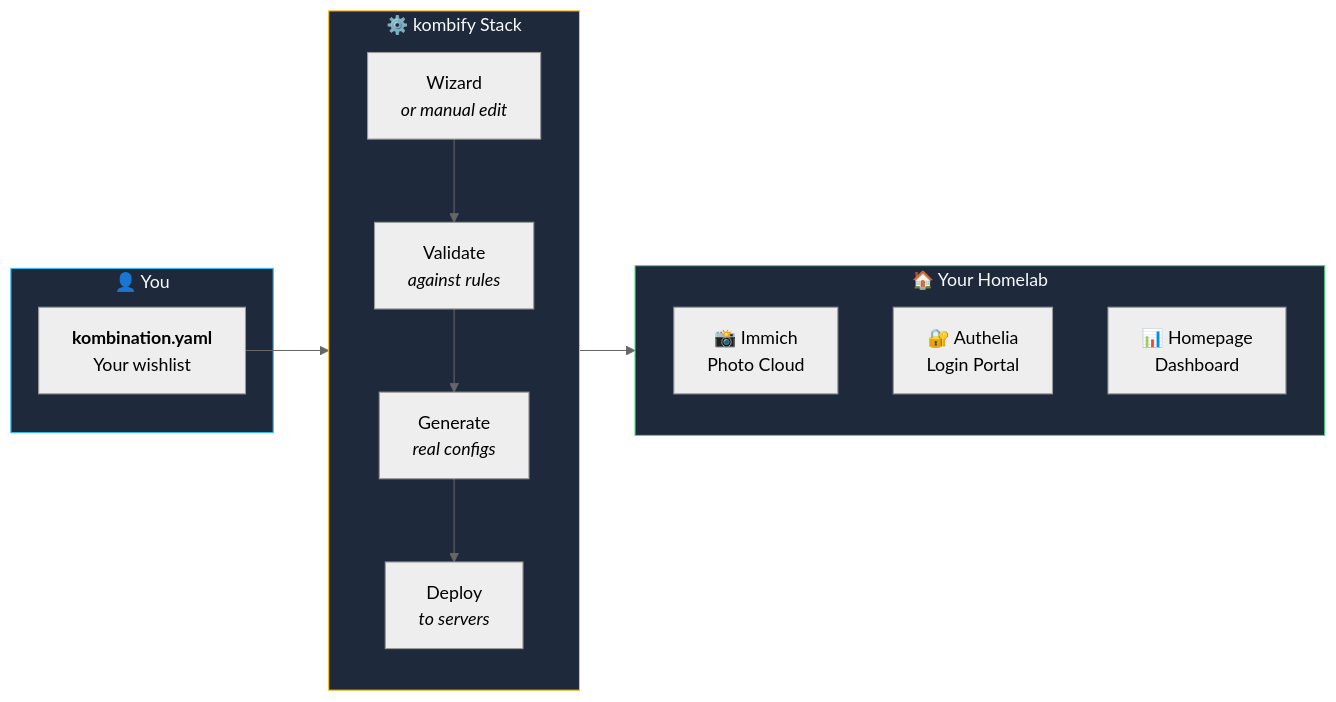
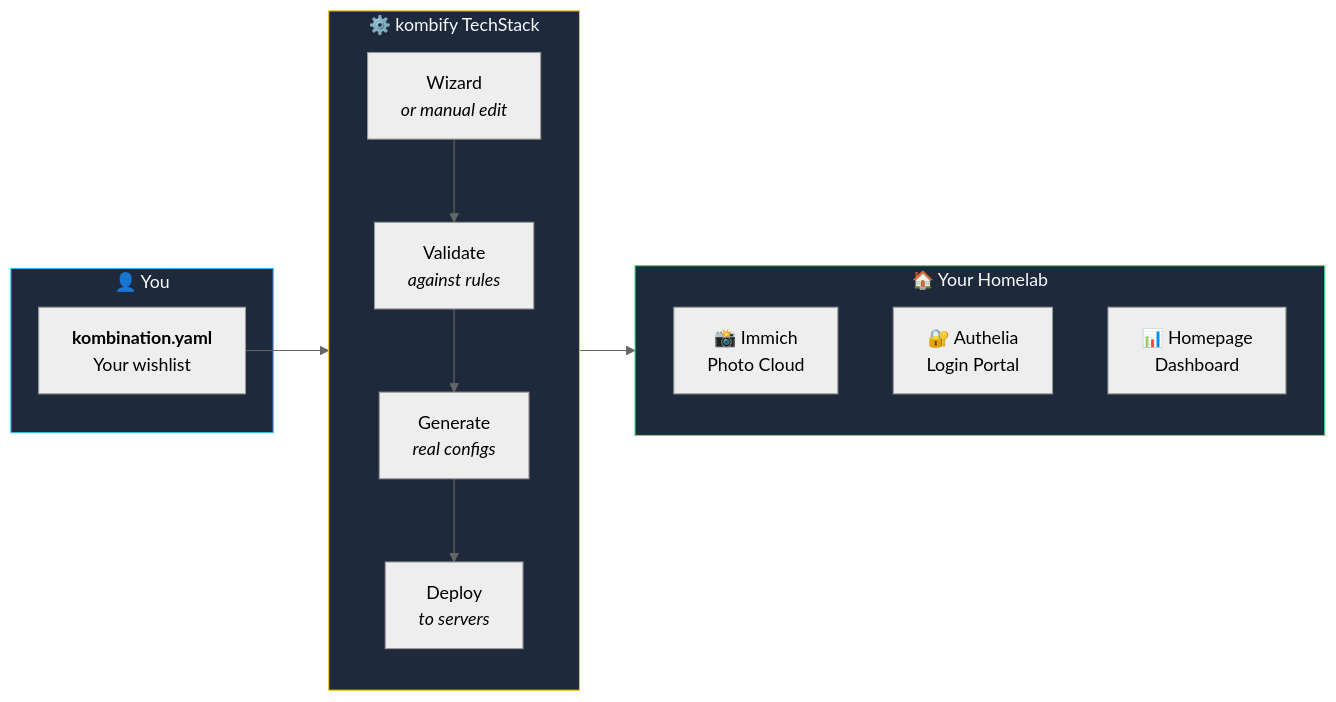
The first of 5 diagrams in stack/overview.mdx (KombiverseLabs/docs), drawn with Mermaid (neutral theme) before and after one commit. The commit also changed other lines of this file and 57 other files, not shown here.

````diff
--- a/stack/overview.mdx
+++ b/stack/overview.mdx
@@ -56,29 +56,29 @@
 ```mermaid
 flowchart LR
     subgraph You["👤 You"]
         YAML["<b>kombination.yaml</b><br/>Your wishlist"]
     end
 
-    subgraph Stack["⚙️ kombify Stack"]
+    subgraph Stack["⚙️ kombify TechStack"]
         direction TB
         Wizard["Wizard<br/><i>or manual edit</i>"]
         Validate["Validate<br/><i>against rules</i>"]
         Generate["Generate<br/><i>real configs</i>"]
         Deploy["Deploy<br/><i>to servers</i>"]
         
         Wizard --> Validate --> Generate --> Deploy
     end
 
     subgraph Result["🏠 Your Homelab"]
         S1["📸 Immich<br/>Photo Cloud"]
         S2["🔐 Authelia<br/>Login Portal"]
         S3["📊 Homepage<br/>Dashboard"]
     end
 
     YAML --> Wizard
     Deploy --> Result
 
     style You fill:#1e293b,stroke:#38bdf8,color:#f8fafc
     style Stack fill:#1e293b,stroke:#fbbf24,color:#f8fafc
     style Result fill:#1e293b,stroke:#4ade80,color:#f8fafc
 ```
````
